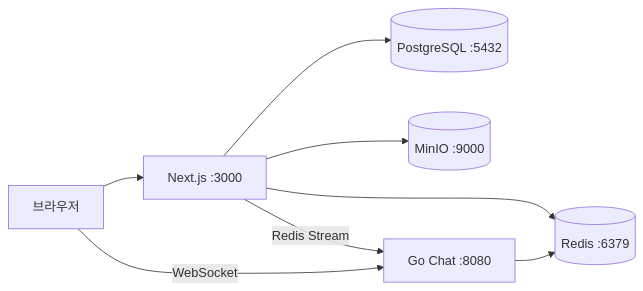
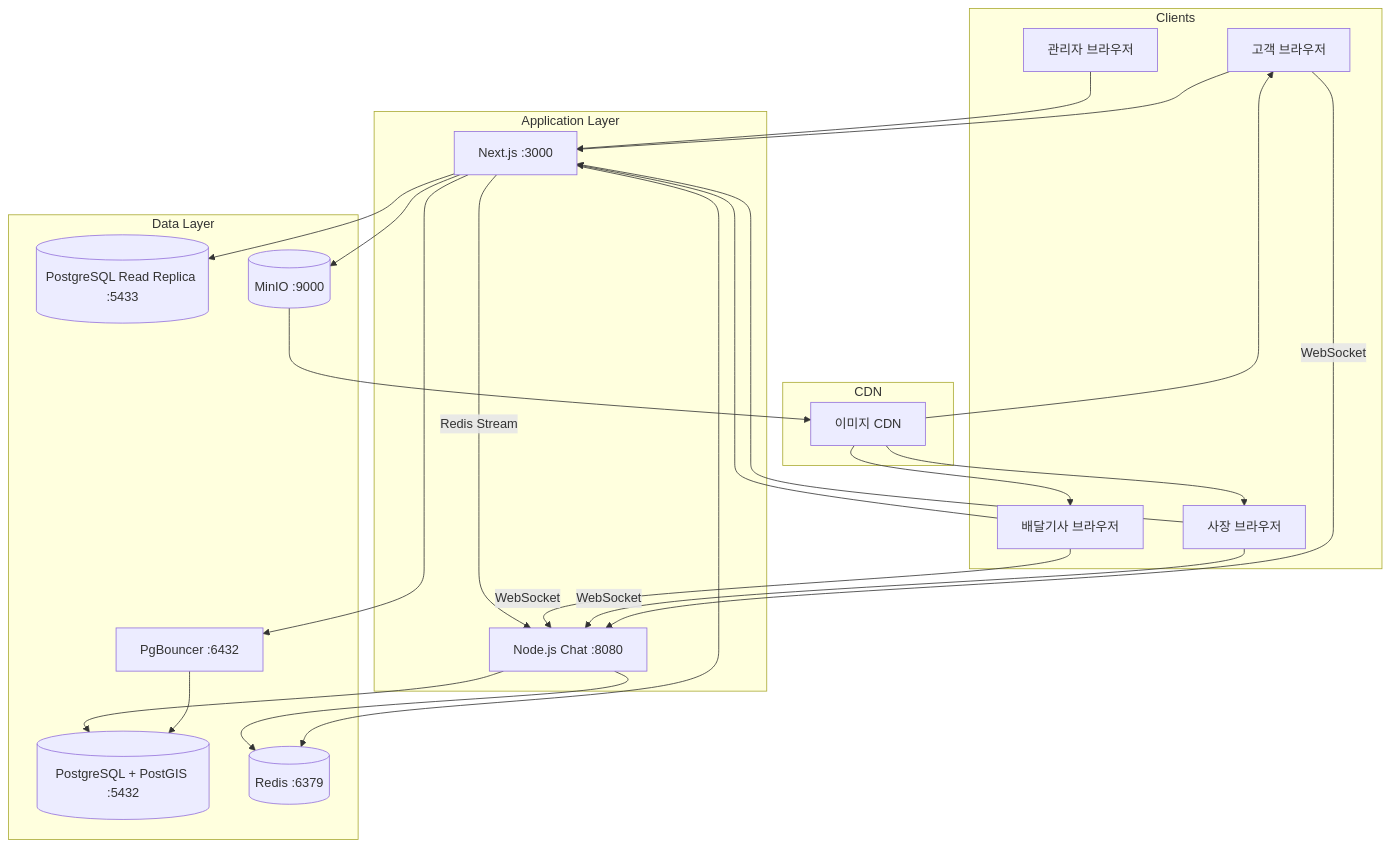
One commit to JunPyo0117/B-Delivery changed the first of 5 diagrams in docs/architecture.md. Above: the diagram before and after it, drawn with Mermaid. The commit also changed other lines of this file and 1 other file, not shown here.

First line of the commit message:
WIP(prd): add PRD v2 and update architecture for delivery flow

````diff
--- a/docs/architecture.md
+++ b/docs/architecture.md
@@ -5,10 +5,41 @@
 ```mermaid
-graph LR
-  Client[브라우저] --> WebApp[Next.js :3000]
-  WebApp --> Postgres[(PostgreSQL :5432)]
-  WebApp --> Redis[(Redis :6379)]
-  WebApp --> MinIO[(MinIO :9000)]
-  WebApp -->|Redis Stream| ChatServer[Go Chat :8080]
-  ChatServer --> Redis
-  Client -->|WebSocket| ChatServer
+graph TB
+    subgraph Clients
+        Customer[고객 브라우저]
+        Owner[사장 브라우저]
+        Rider[배달기사 브라우저]
+        Admin[관리자 브라우저]
+    end
+
+    subgraph CDN
+        ImgCDN[이미지 CDN]
+    end
+
+    subgraph "Application Layer"
+        WebApp[Next.js :3000]
+        ChatServer[Node.js Chat :8080]
+    end
+
+    subgraph "Data Layer"
+        Postgres[(PostgreSQL + PostGIS :5432)]
+        PgRead[(PostgreSQL Read Replica :5433)]
+        PgBouncer[PgBouncer :6432]
+        Redis[(Redis :6379)]
+        MinIO[(MinIO :9000)]
+    end
+
+    Customer & Owner & Rider & Admin --> WebApp
+    Customer & Owner & Rider -->|WebSocket| ChatServer
+
+    WebApp --> PgBouncer --> Postgres
+    WebApp --> PgRead
+    WebApp --> Redis
+    WebApp --> MinIO
+    WebApp -->|Redis Stream| ChatServer
+
+    ChatServer --> Redis
+    ChatServer --> Postgres
+
+    MinIO --> ImgCDN
+    ImgCDN --> Customer & Owner & Rider
 ```
````
